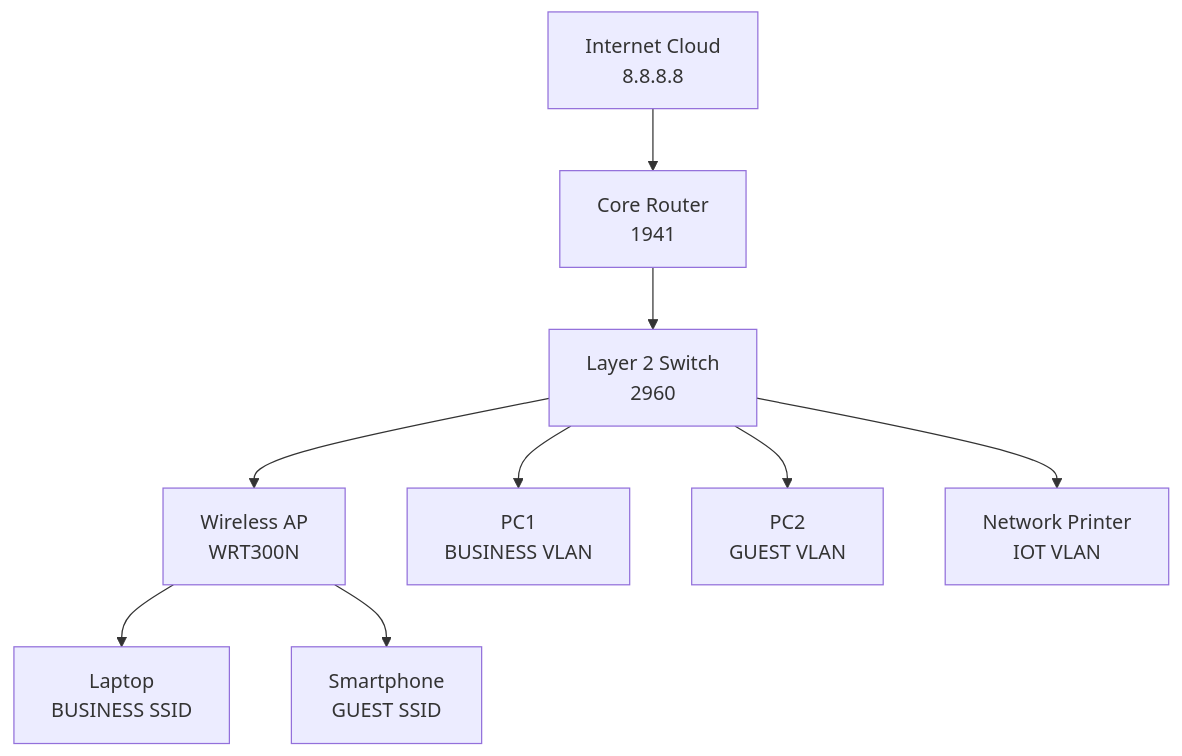
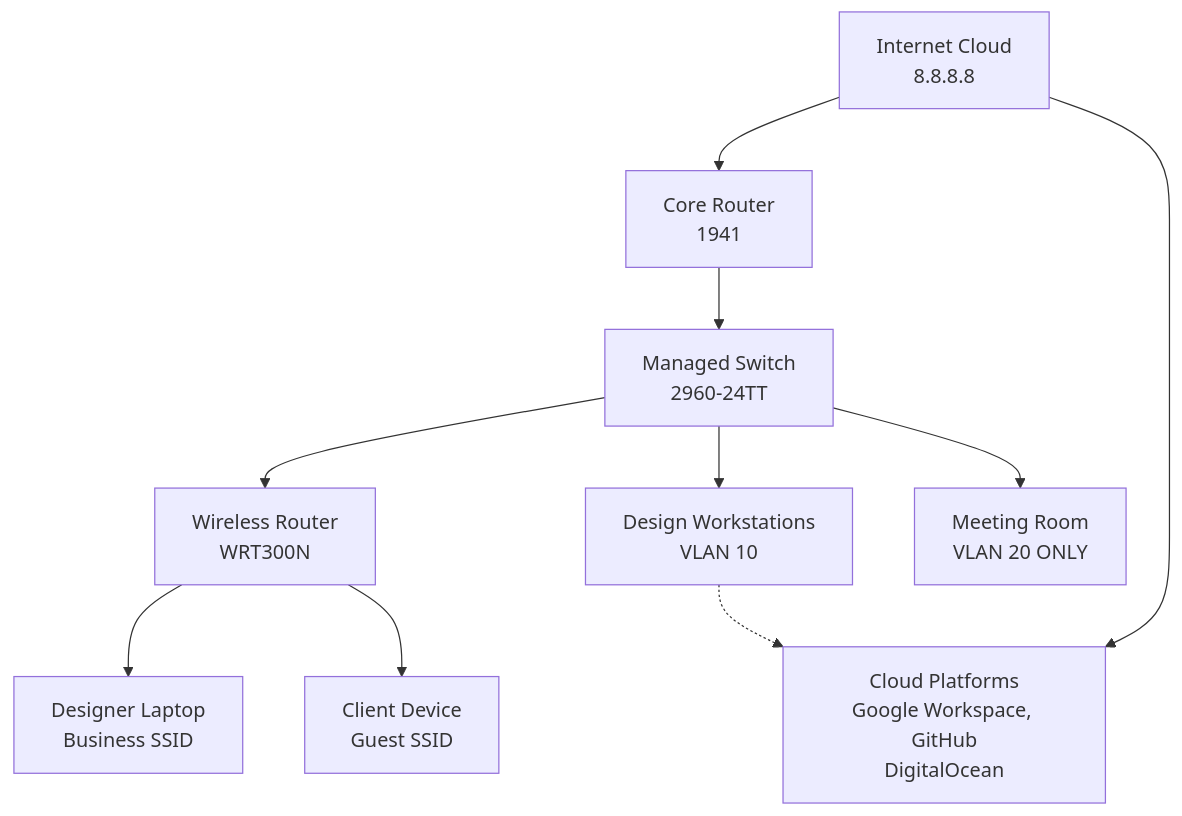
Before and after one commit to rick-homelab/business-network-simulations: the first of 2 diagrams in project-01-soho-network/README.md, drawn with Mermaid. The commit also changed other lines of this file, not shown here.

````diff
--- a/project-01-soho-network/README.md
+++ b/project-01-soho-network/README.md
@@ -51,14 +59,17 @@
 ```mermaid
 graph TB
     INTERNET[Internet Cloud<br/>8.8.8.8] --> R1[Core Router<br/>1941]
     
-    R1 --> SW1[Layer 2 Switch<br/>2960]
+    R1 --> SW1[Managed Switch<br/>2960-24TT]
     
-    SW1 --> AP1[Wireless AP<br/>WRT300N]
-    SW1 --> PC1[PC1<br/>BUSINESS VLAN]
-    SW1 --> PC2[PC2<br/>GUEST VLAN]
-    SW1 --> PRINTER[Network Printer<br/>IOT VLAN]
+    SW1 --> AP1[Wireless Router<br/>WRT300N]
+    SW1 --> WORKSTATION[Design Workstations<br/>VLAN 10]
+    SW1 --> MEETING[Meeting Room<br/>VLAN 20 ONLY]
     
-    AP1 --> LAPTOP[Laptop<br/>BUSINESS SSID]
-    AP1 --> PHONE[Smartphone<br/>GUEST SSID]
+    AP1 --> LAPTOP[Designer Laptop<br/>Business SSID]
+    AP1 --> CLIENT[Client Device<br/>Guest SSID]
+    
+    INTERNET --> CLOUD[Cloud Platforms<br/>Google Workspace, GitHub<br/>DigitalOcean]
+    
+    WORKSTATION -.-> CLOUD
 ```
````
